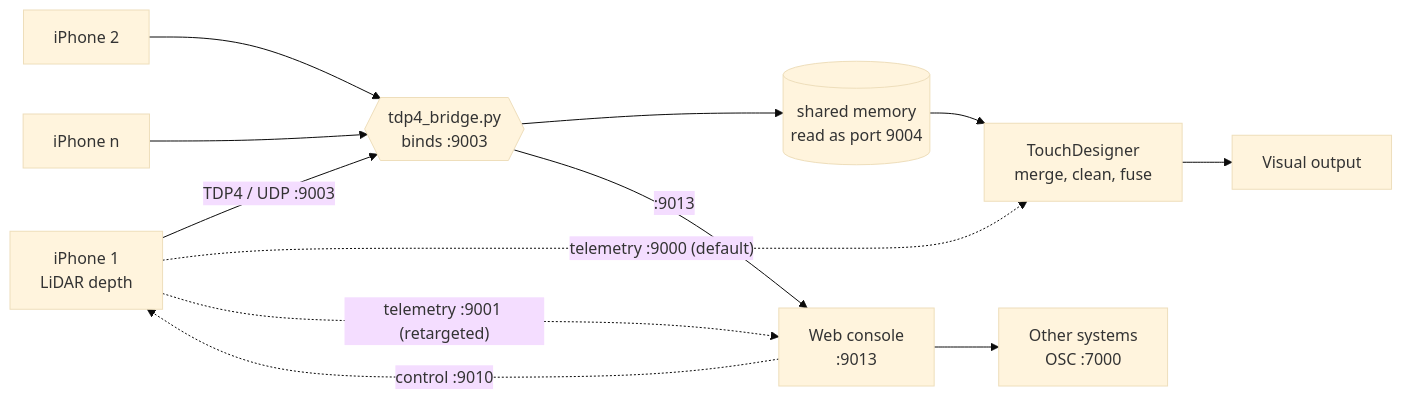
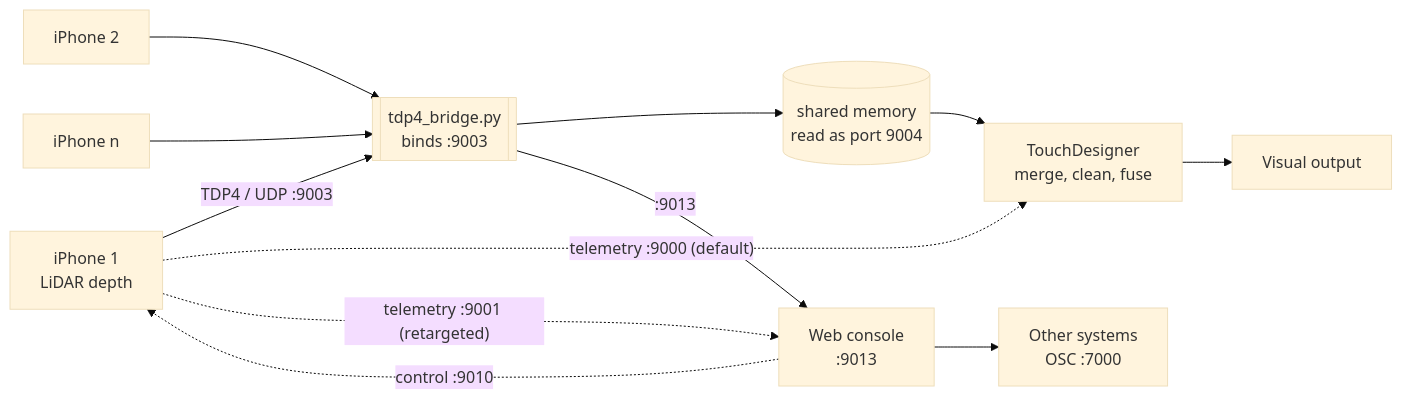
One commit to AristidesAI/TDStage-Docs changed the first of 2 diagrams in reference/ports.md. Above: the diagram before and after it, drawn with Mermaid (base theme). The commit also changed 5 other files, not shown here.

First line of the commit message:
Two silent diagram failures, and a check so they cannot come back

````diff
--- a/reference/ports.md
+++ b/reference/ports.md
@@ -50,21 +50,21 @@
 ```mermaid
 flowchart LR
   P1["iPhone 1<br/>LiDAR depth"]
   P2["iPhone 2"]
   PN["iPhone n"]
-  BR{{"tdp4_bridge.py<br/>binds :9003"}}
+  BR[["tdp4_bridge.py<br/>binds :9003"]]
   SHM[("shared memory<br/>read as port 9004")]
   TD["TouchDesigner<br/>merge, clean, fuse"]
   CO["Web console<br/>:9013"]
   OUT["Visual output"]
   CLI["Other systems<br/>OSC :7000"]
 
   P1 -- "TDP4 / UDP :9003" --> BR
   P2 --> BR
   PN --> BR
   BR --> SHM --> TD --> OUT
   BR -- ":9013" --> CO --> CLI
   P1 -. "telemetry :9000 (default)" .-> TD
   P1 -. "telemetry :9001 (retargeted)" .-> CO
   CO -. "control :9010" .-> P1
 ```
````
